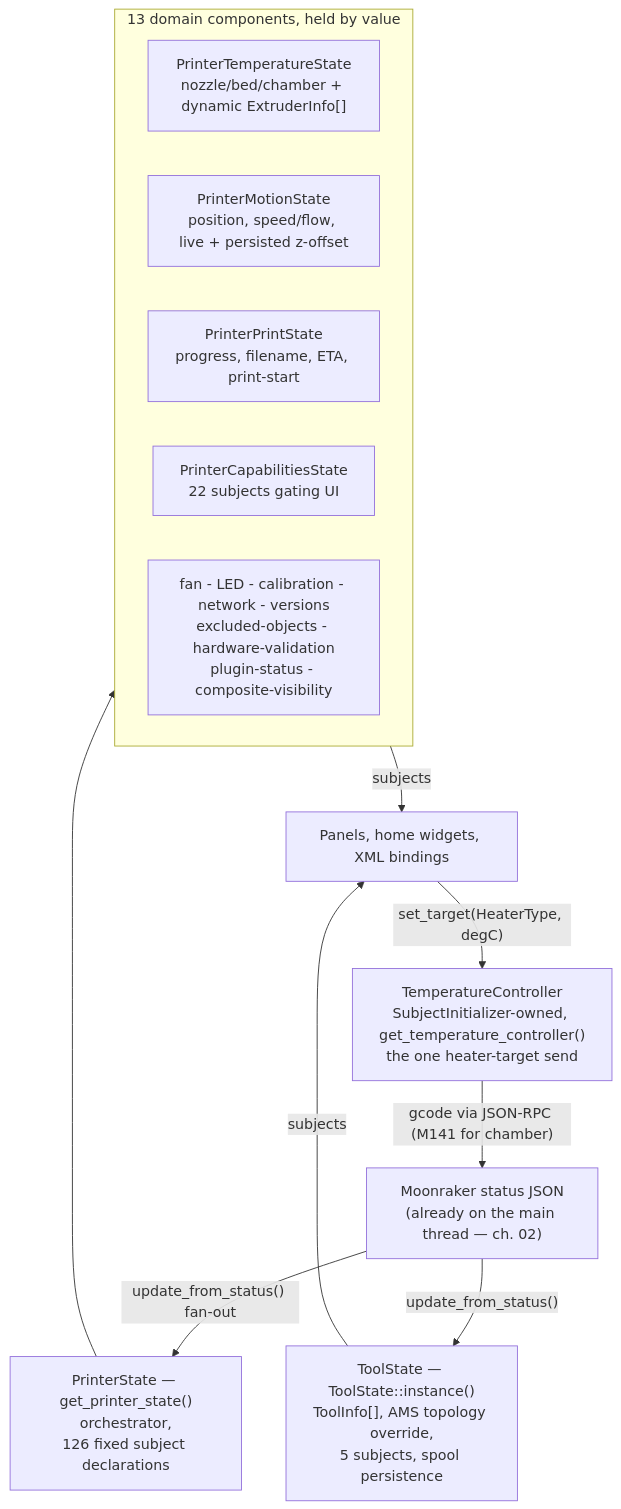
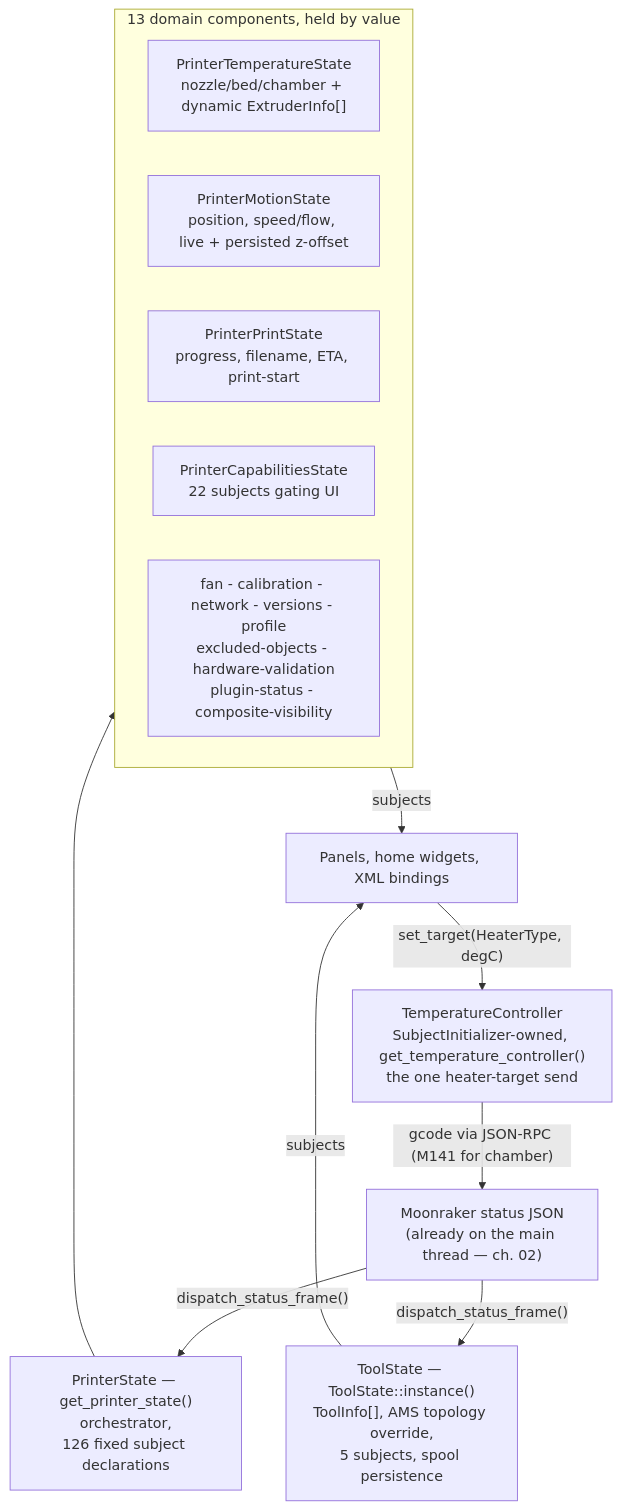
The diagram in docs/devel/architecture/05-printer-state.md (bluekiller/helixscreen), drawn with Mermaid before and after one commit. The commit also changed other lines of this file and 11 other files, not shown here.

````diff
--- a/docs/devel/architecture/05-printer-state.md
+++ b/docs/devel/architecture/05-printer-state.md
@@ -7,26 +7,26 @@
 ```mermaid
 flowchart TB
     MR["Moonraker status JSON<br/>(already on the main thread — ch. 02)"]
     UI["Panels, home widgets, XML bindings"]
 
     PS["PrinterState — get_printer_state()<br/>orchestrator,<br/>126 fixed subject declarations"]
 
     subgraph DOM["13 domain components, held by value"]
         D1["PrinterTemperatureState<br/>nozzle/bed/chamber + dynamic ExtruderInfo[]"]
         D2["PrinterMotionState<br/>position, speed/flow, live + persisted z-offset"]
         D3["PrinterPrintState<br/>progress, filename, ETA, print-start"]
         D4["PrinterCapabilitiesState<br/>22 subjects gating UI"]
-        D5["fan - LED - calibration - network - versions<br/>excluded-objects - hardware-validation<br/>plugin-status - composite-visibility"]
+        D5["fan - calibration - network - versions - profile<br/>excluded-objects - hardware-validation<br/>plugin-status - composite-visibility"]
     end
 
     TS["ToolState — ToolState::instance()<br/>ToolInfo[], AMS topology override,<br/>5 subjects, spool persistence"]
     TC["TemperatureController<br/>SubjectInitializer-owned, get_temperature_controller()<br/>the one heater-target send"]
 
-    MR -->|"update_from_status() fan-out"| PS
+    MR -->|"dispatch_status_frame()"| PS
     PS --> DOM
-    MR -->|"update_from_status()"| TS
+    MR -->|"dispatch_status_frame()"| TS
     DOM -->|"subjects"| UI
     TS -->|"subjects"| UI
     UI -->|"set_target(HeaterType, degC)"| TC
     TC -->|"gcode via JSON-RPC (M141 for chamber)"| MR
 ```
````
